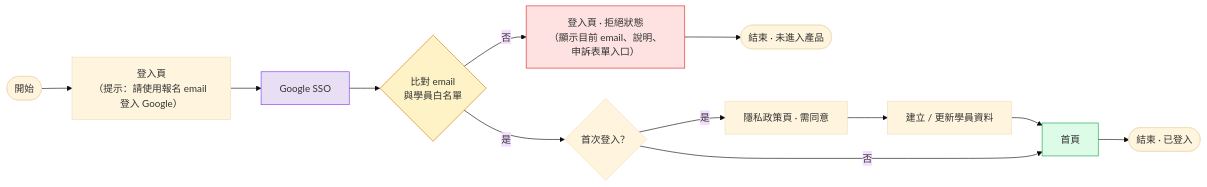
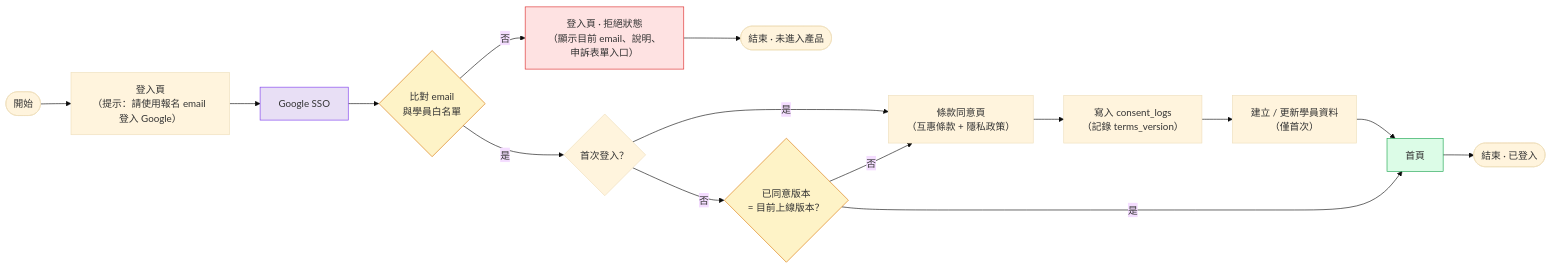
The first of 2 diagrams in docs/auth/05-first-timer-login-flow.md (thementorship-tw/thementorship-exchange-app), drawn with Mermaid (base theme) before and after one commit. The commit also changed other lines of this file and 3 other files, not shown here.

Commit message:
docs: update document and privacy agreement flow

````diff
--- a/docs/auth/05-first-timer-login-flow.md
+++ b/docs/auth/05-first-timer-login-flow.md
@@ -36,21 +38,27 @@
 ```mermaid
 flowchart LR
     Start([開始]) --> LoginPage["登入頁<br/>（提示：請使用報名 email 登入 Google）"]
     LoginPage --> GoogleSSO[Google SSO]
     GoogleSSO --> Whitelist{比對 email<br/>與學員白名單}
 
     Whitelist -->|否| RejectedLogin["登入頁 · 拒絕狀態<br/>（顯示目前 email、說明、申訴表單入口）"]
     RejectedLogin --> EndReject([結束 · 未進入產品])
 
     Whitelist -->|是| FirstTime{首次登入？}
-    FirstTime -->|是| Privacy[隱私政策頁 · 需同意]
-    Privacy --> CreateProfile[建立 / 更新學員資料]
-    CreateProfile --> Home[首頁]
-    FirstTime -->|否| Home
+    FirstTime -->|是| Consent["條款同意頁<br/>（互惠條款 + 隱私政策）"]
+    FirstTime -->|否| TermsVer{"已同意版本<br/>= 目前上線版本？"}
+
+    TermsVer -->|否| Consent
+    TermsVer -->|是| Home[首頁]
+
+    Consent --> LogConsent["寫入 consent_logs<br/>（記錄 terms_version）"]
+    LogConsent --> CreateProfile["建立 / 更新學員資料<br/>（僅首次）"]
+    CreateProfile --> Home
     Home --> EndOK([結束 · 已登入])
 
     style GoogleSSO fill:#e8dff5,stroke:#7c3aed
     style Whitelist fill:#fef3c7,stroke:#d97706
+    style TermsVer fill:#fef3c7,stroke:#d97706
     style RejectedLogin fill:#fee2e2,stroke:#dc2626
     style Home fill:#dcfce7,stroke:#16a34a
 ```
````
